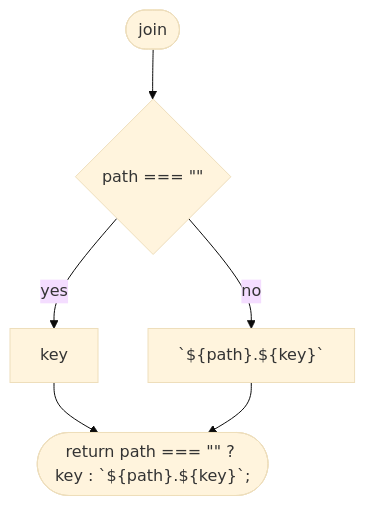
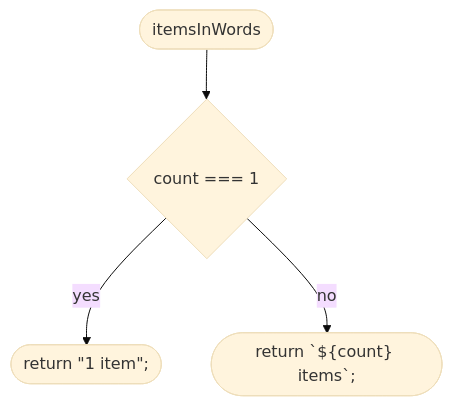
Diagram 20 of 38 in docs/flows/src/place/parse.md (NewDara-Star/world-engine), drawn with Mermaid (base theme) before and after one commit. The commit also changed other lines of this file and 18 other files, not shown here.

````diff
--- a/docs/flows/src/place/parse.md
+++ b/docs/flows/src/place/parse.md
@@ -278,13 +306,10 @@
 ```mermaid
 flowchart TD
-  n1(["join"])
-  n2{"path === #quot;#quot;"}
-  n3["key"]
-  n4["#96;${path}.${key}#96;"]
-  n5(["return path === #quot;#quot; ? key : #96;${path}.${key}#96;;"])
+  n1(["itemsInWords"])
+  n2{"count === 1"}
+  n3(["return #quot;1 item#quot;;"])
+  n4(["return #96;${count} items#96;;"])
   n1 --> n2
   n2 -->|"yes"| n3
   n2 -->|"no"| n4
-  n3 --> n5
-  n4 --> n5
 ```
````
